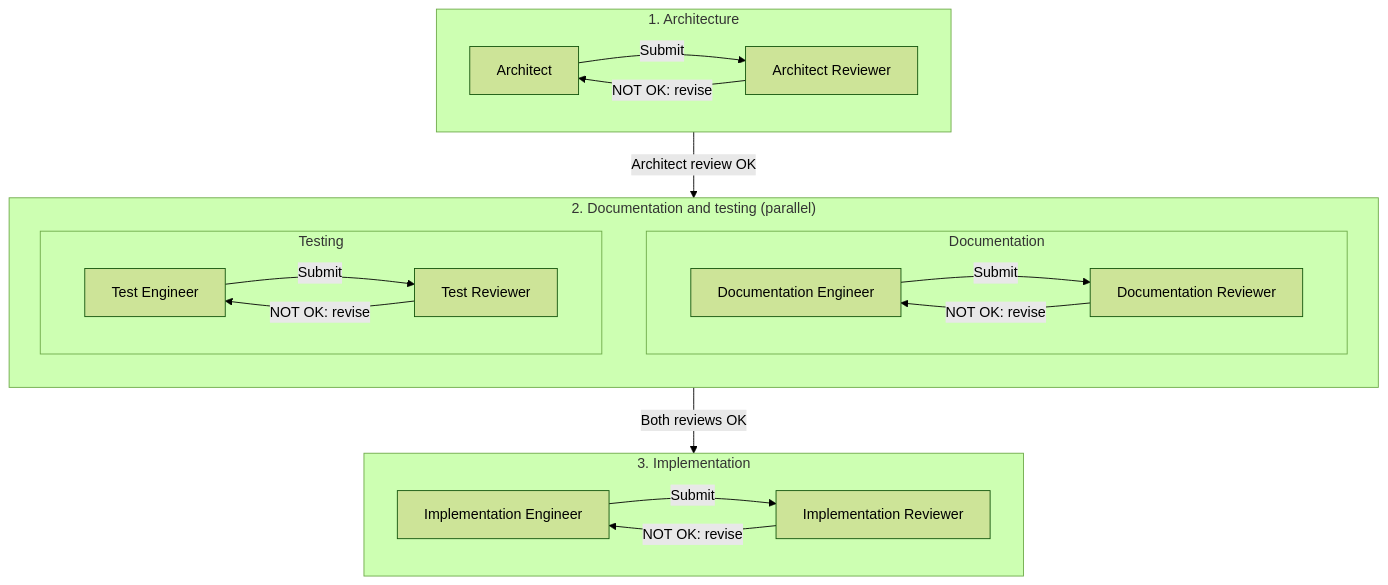
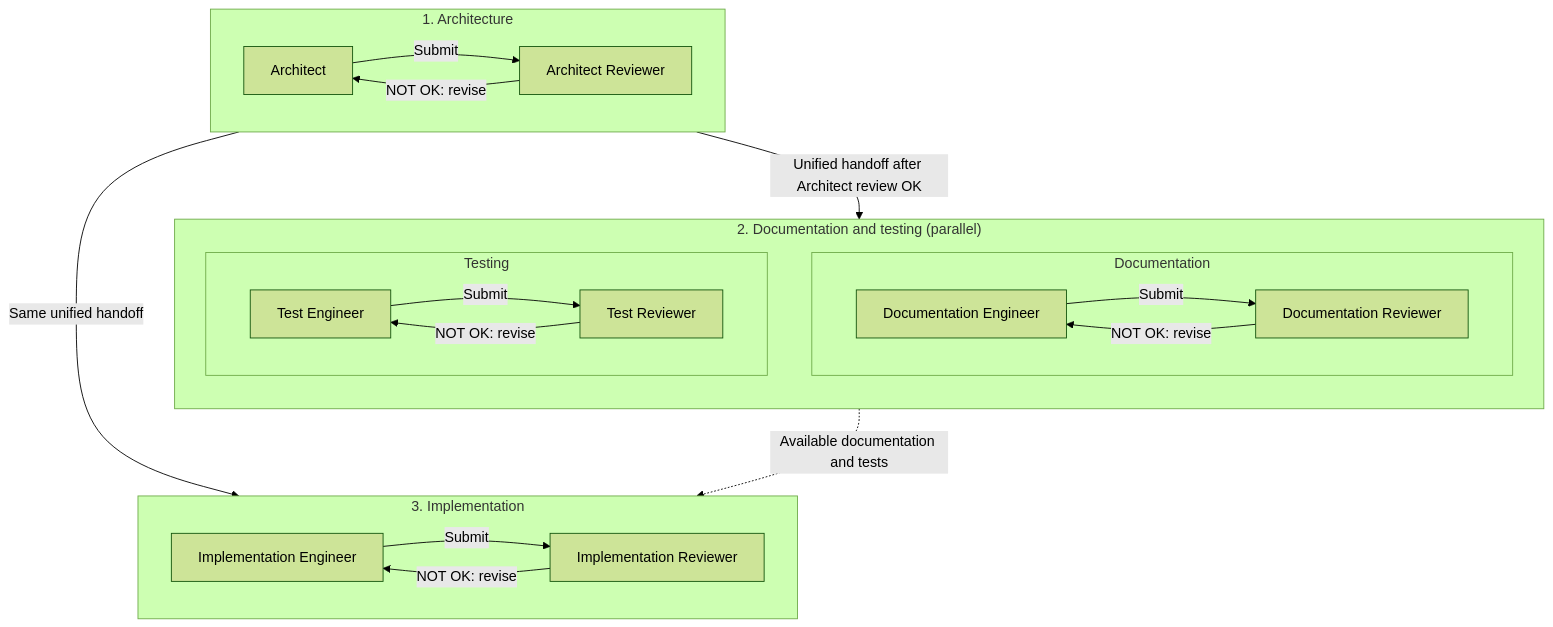
Before and after one commit to pedropaulofb/ontouml-directkg: the diagram in documentation/prompts/README.md, drawn with Mermaid (forest theme). The commit also changed other lines of this file and 17 other files, not shown here.

````diff
--- a/documentation/prompts/README.md
+++ b/documentation/prompts/README.md
@@ -38,31 +38,32 @@
 ```mermaid
 flowchart TB
     subgraph architecture["1. Architecture"]
         direction LR
         A["Architect"] -->|Submit| AR["Architect Reviewer"]
         AR -->|NOT OK: revise| A
     end
 
     subgraph preparation["2. Documentation and testing (parallel)"]
         direction TB
         subgraph documentation["Documentation"]
             direction LR
             D["Documentation Engineer"] -->|Submit| DR["Documentation Reviewer"]
             DR -->|NOT OK: revise| D
         end
         subgraph testing["Testing"]
             direction LR
             T["Test Engineer"] -->|Submit| TR["Test Reviewer"]
             TR -->|NOT OK: revise| T
         end
     end
 
     subgraph implementation["3. Implementation"]
         direction LR
         I["Implementation Engineer"] -->|Submit| IR["Implementation Reviewer"]
         IR -->|NOT OK: revise| I
     end
 
-    architecture -->|Architect review OK| preparation
-    preparation -->|Both reviews OK| implementation
+    architecture -->|Unified handoff after Architect review OK| preparation
+    architecture -->|Same unified handoff| implementation
+    preparation -.->|Available documentation and tests| implementation
 ```
````
